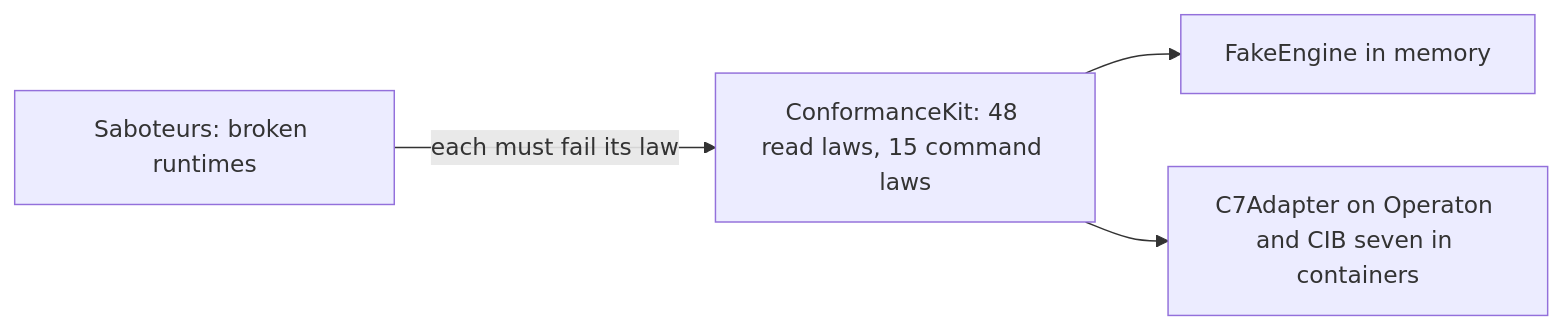
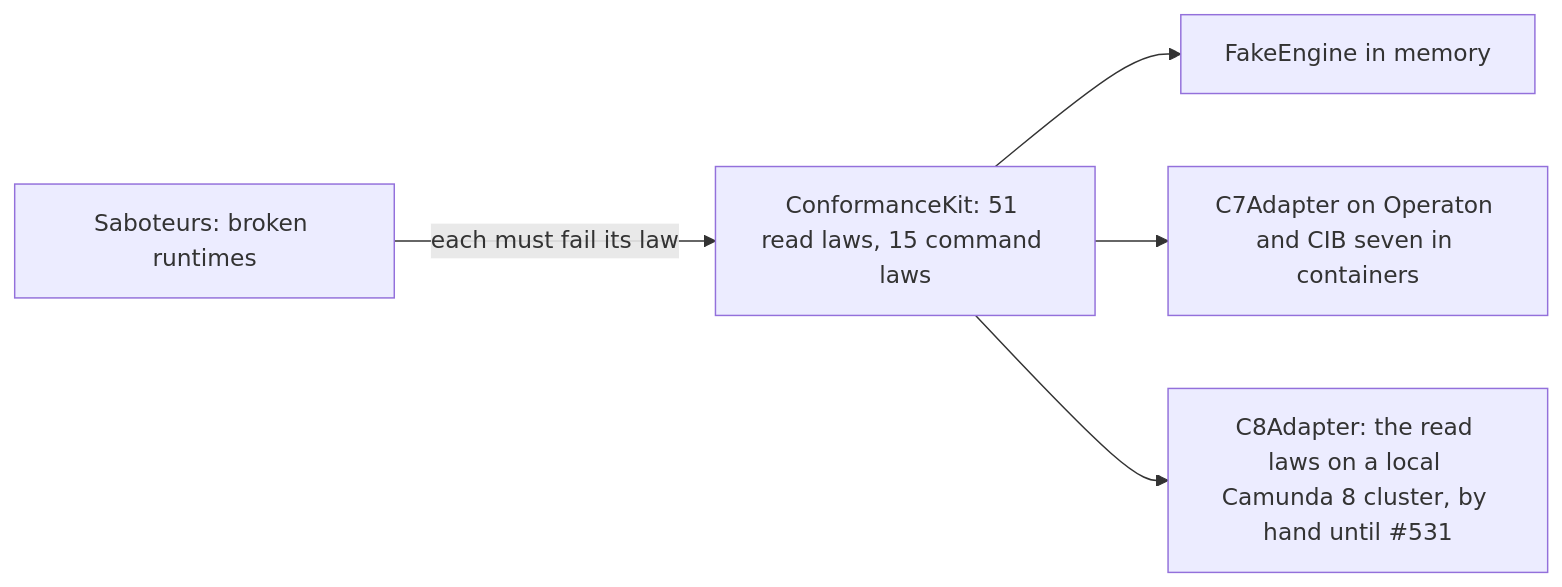
One commit to Miragon/pulse changed the seventh of 7 diagrams in apps/vscode/docs/architecture-overview.md. Above: the diagram before and after it, drawn with Mermaid. The commit also changed other lines of this file and 1868 other files, not shown here.

````diff
--- a/apps/vscode/docs/architecture-overview.md
+++ b/apps/vscode/docs/architecture-overview.md
@@ -253,7 +272,8 @@
 ```mermaid
 flowchart LR
-  kit[ConformanceKit: 48 read laws, 15 command laws]
+  kit[ConformanceKit: 51 read laws, 15 command laws]
   kit --> fake[FakeEngine in memory]
   kit --> c7[C7Adapter on Operaton and CIB seven in containers]
+  kit --> c8["C8Adapter: the read laws on a local Camunda 8 cluster, by hand until #531"]
   saboteurs[Saboteurs: broken runtimes] -- each must fail its law --> kit
 ```
````
